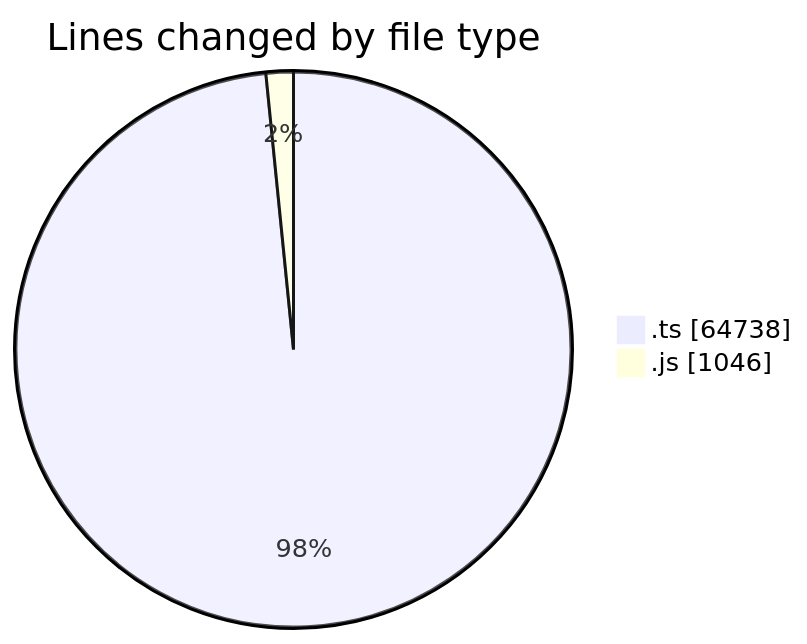
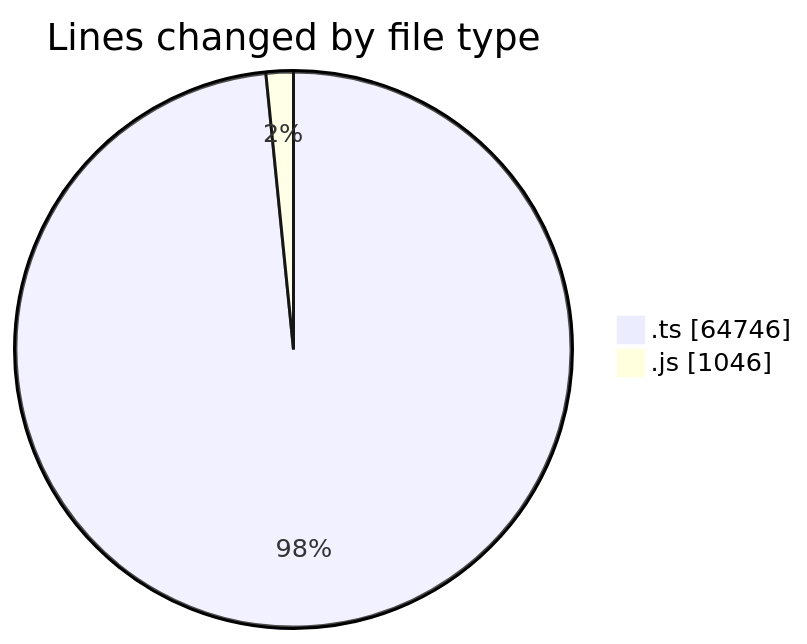
One commit to momahboobian/code-tracking changed the first of 2 diagrams in 2025-09-29/cda/README.md. Above: the diagram before and after it, drawn with Mermaid. The commit also changed other lines of this file and 1 other file, not shown here.

````diff
--- a/2025-09-29/cda/README.md
+++ b/2025-09-29/cda/README.md
@@ -28,6 +28,6 @@
 ```mermaid
 pie showData
 title Lines changed by file type
-".ts" : 64738
+".ts" : 64746
 ".js" : 1046
 ```
````
